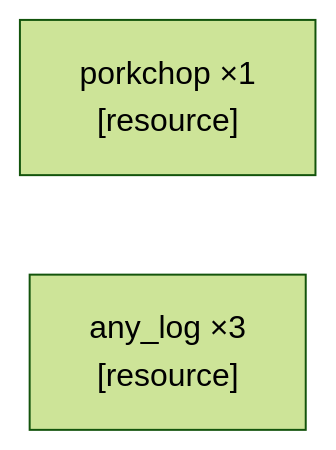
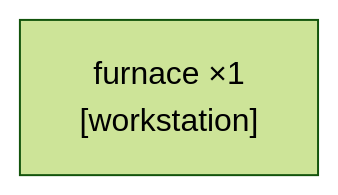
Before and after one commit to tomfenno/embodied-intelligence-minecraft: the second of 2 diagrams in achievement_hunter/rollout_live/current_rollout.md, drawn with Mermaid (forest theme). The commit also changed other lines of this file and 28 other files, not shown here.

````diff
--- a/achievement_hunter/rollout_live/current_rollout.md
+++ b/achievement_hunter/rollout_live/current_rollout.md
@@ -60,5 +42,4 @@
 ```mermaid
 graph LR
-    porkchop["porkchop ×1<br/>[resource]"]
-    any_log["any_log ×3<br/>[resource]"]
+    furnace["furnace ×1<br/>[workstation]"]
 ```
````
